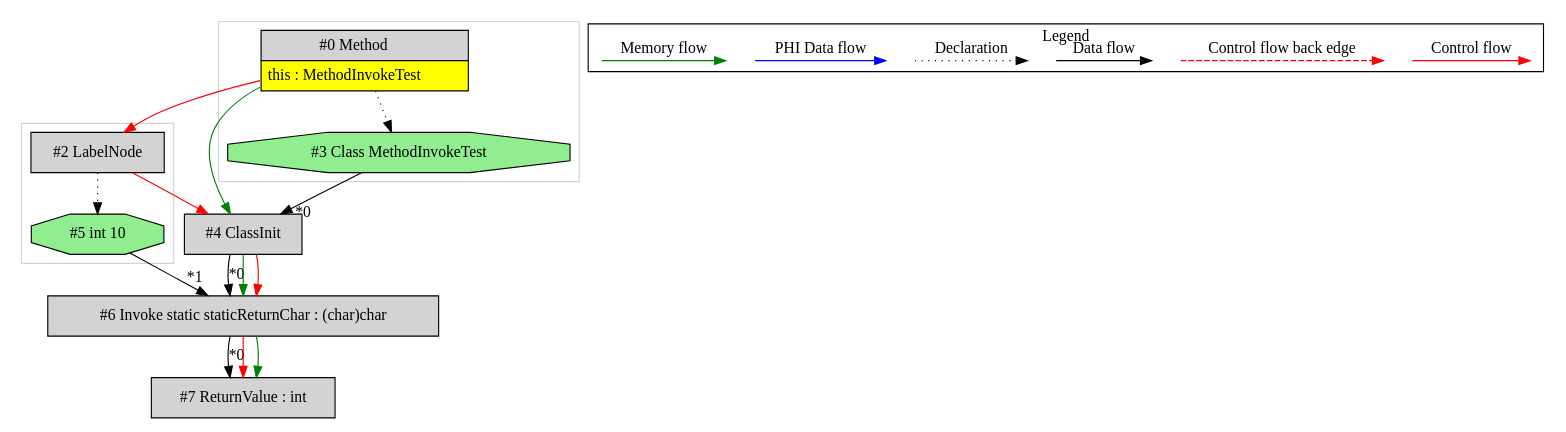
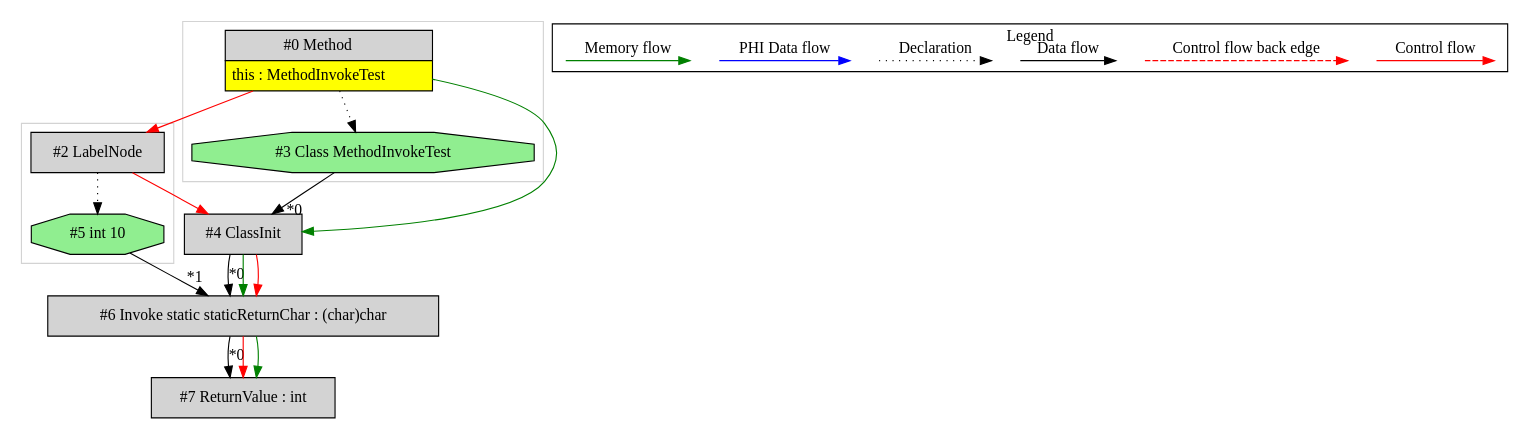
One commit to mirkosertic/MetaIR changed the diagram in de.mirkosertic.metair.ir.examples.MethodInvokeTest/returnChar/ir.dot. Above: the diagram before and after it, drawn with Graphviz. The commit also changed other lines of this file and 427 other files, not shown here.

```diff
--- a/de.mirkosertic.metair.ir.examples.MethodInvokeTest/returnChar/ir.dot
+++ b/de.mirkosertic.metair.ir.examples.MethodInvokeTest/returnChar/ir.dot
@@ -1,59 +1,59 @@
 digraph {
  ordering="in";
  node0[margin="0", label=<<table border="0" cellborder="1" cellspacing="0" cellpadding="5"><tr><td colspan="1">#0 Method</td></tr><tr><td port="prj1" bgcolor="yellow">this : MethodInvokeTest</td></tr></table>>,shape=none, fillcolor=lightgrey, style=filled];
- node3[label="#3 Class MethodInvokeTest",shape=octagon, fillcolor=lightgreen, style=filled];
- node0 -> node3[style=dotted];
+ node2[label="#2 LabelNode",shape=box, fillcolor=lightgrey, style=filled];
+ node0 -> node2[labeldistance=2, color=red, fontcolor=red];
  node4[label="#4 ClassInit",shape=box, fillcolor=lightgrey, style=filled];
  node3 -> node4[headlabel="*0", labeldistance=2];
  node0 -> node4[labeldistance=2, color=green, constraint=false];
  node2 -> node4[labeldistance=2, color=red, fontcolor=red];
- node2[label="#2 LabelNode",shape=box, fillcolor=lightgrey, style=filled];
- node0 -> node2[labeldistance=2, color=red, fontcolor=red];
- node5[label="#5 int 10",shape=octagon, fillcolor=lightgreen, style=filled];
- node2 -> node5[style=dotted];
+ node3[label="#3 Class MethodInvokeTest",shape=octagon, fillcolor=lightgreen, style=filled];
+ node0 -> node3[style=dotted];
  node6[label="#6 Invoke static staticReturnChar : (char)char",shape=box, fillcolor=lightgrey, style=filled];
  node4 -> node6[headlabel="*0", labeldistance=2];
  node5 -> node6[headlabel="*1", labeldistance=2];
  node4 -> node6[labeldistance=2, color=green, constraint=false];
  node4 -> node6[labeldistance=2, color=red, fontcolor=red];
+ node5[label="#5 int 10",shape=octagon, fillcolor=lightgreen, style=filled];
+ node2 -> node5[style=dotted];
  node7[label="#7 ReturnValue : int",shape=box, fillcolor=lightgrey, style=filled];
  node6 -> node7[headlabel="*0", labeldistance=2];
  node6 -> node7[labeldistance=2, color=red, fontcolor=red];
  node6 -> node7[labeldistance=2, color=green, constraint=false];
  subgraph cluster_0 {
   color=lightgray;
   node0;
   node3;
  }
  subgraph cluster_1 {
   color=lightgray;
   node2;
   node5;
  }
  subgraph cluster_000 {
   label = "Legend";
   node [shape=point]
   {
    rank=same;
    c0 [style = invis];
    c1 [style = invis];
    c2 [style = invis];
    c3 [style = invis];
    d0 [style = invis];
    d1 [style = invis];
    d2 [style = invis];
    d3 [style = invis];
    d4 [style = invis];
    d5 [style = invis];
    d6 [style = invis];
    d7 [style = invis];
   }
   c0 -> c1 [label="Control flow", style=solid, color=red]
   c2 -> c3 [label="Control flow back edge", style=dashed, color=red]
   d0 -> d1 [label="Data flow"]
   d2 -> d3 [label="Declaration", style=dotted]
   d4 -> d5 [label="PHI Data flow", color=blue]
   d6 -> d7 [label="Memory flow", color=green]
  }
 
 }
```
